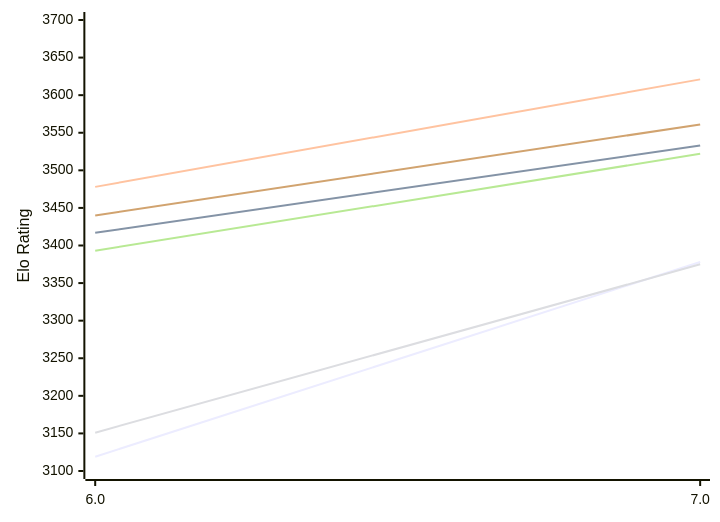
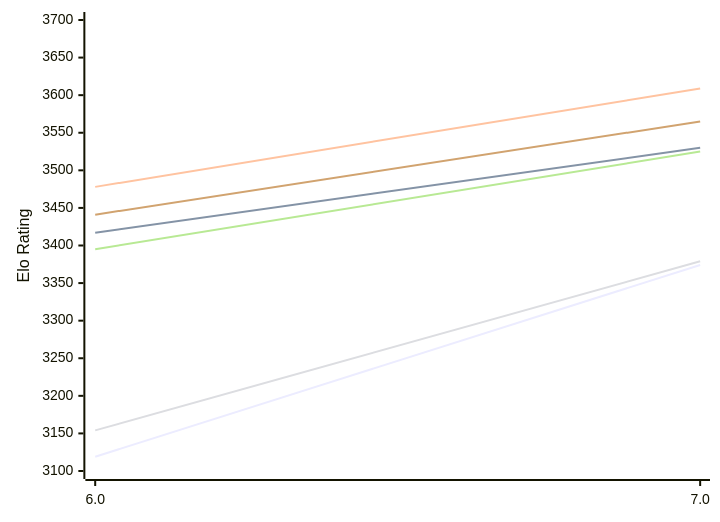
The first of 2 diagrams in engines/Devre.md (computer-chess-index/cci), drawn with Mermaid before and after one commit. The commit also changed other lines of this file, not shown here.

Commit message:
Update CCI Ratings (ELO VLTC) - 2026-11-24

````diff
--- a/engines/Devre.md
+++ b/engines/Devre.md
@@ -50,12 +50,12 @@
 ```mermaid
 %%{init: {"theme":"base","themeVariables":{"seriesColors:['#a3a3a3','#222221','#faa371']}}}%%
 xychart-beta
   x-axis ["6.0", "7.0"]
   y-axis "Elo Rating" 3100 --> 3700
-  line "E1: STC (8.0+0.08s)" [3119, 3378]
-  line "E1: LTC (60.0+0.60s)" [3417, 3533]
-  line "E1: VLTC (2m24s+1.12s)" [3478, 3621]
-  line "P1: STC (8.0+0.08s)" [3151, 3375]
-  line "P1: LTC (60.0+0.60s)" [3393, 3522]
-  line "P1: VLTC (2m24s+1.12s)" [3440, 3561]
+  line "E1: STC (8.0+0.08s)" [3119, 3374]
+  line "E1: LTC (60.0+0.60s)" [3417, 3530]
+  line "E1: VLTC (2m24s+1.12s)" [3478, 3609]
+  line "P1: STC (8.0+0.08s)" [3154, 3379]
+  line "P1: LTC (60.0+0.60s)" [3395, 3525]
+  line "P1: VLTC (2m24s+1.12s)" [3441, 3565]
 ```
````
